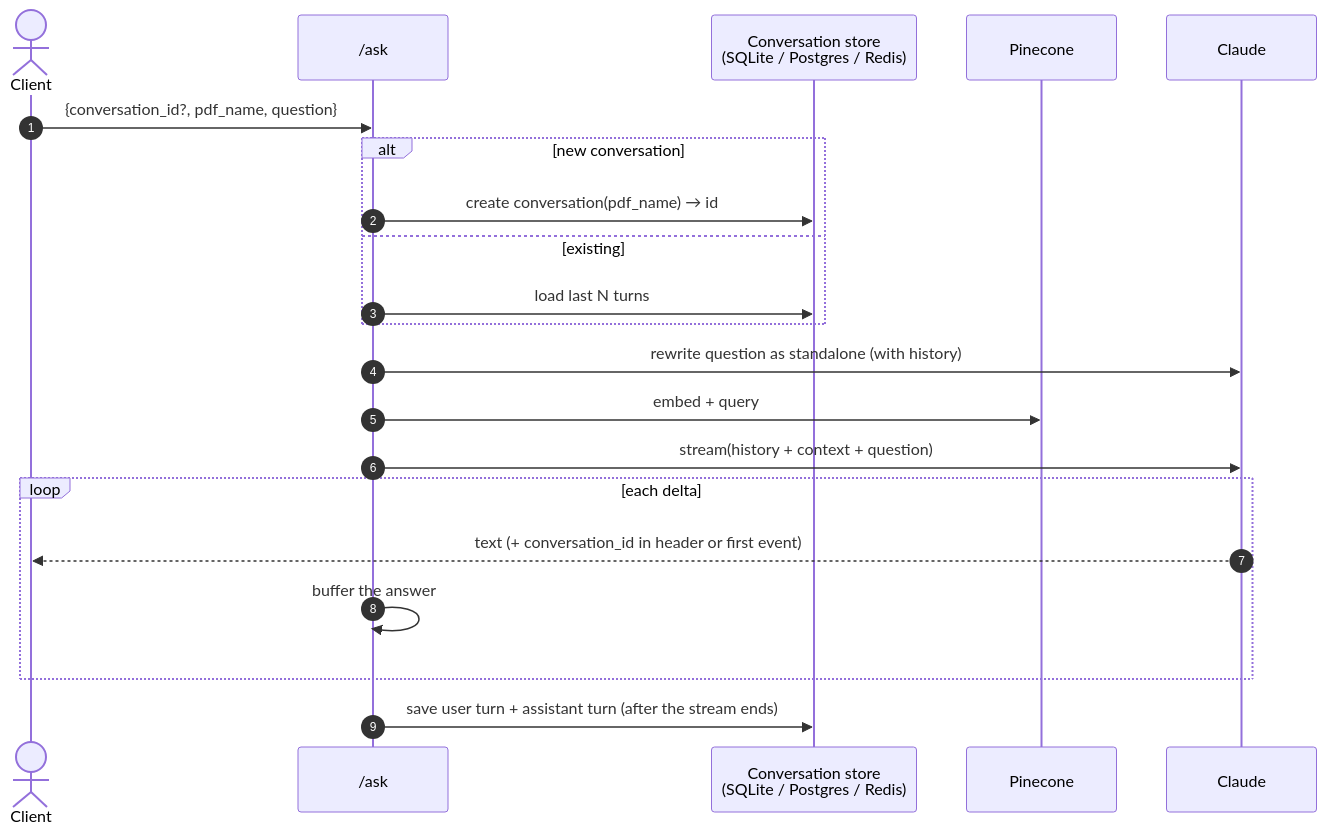
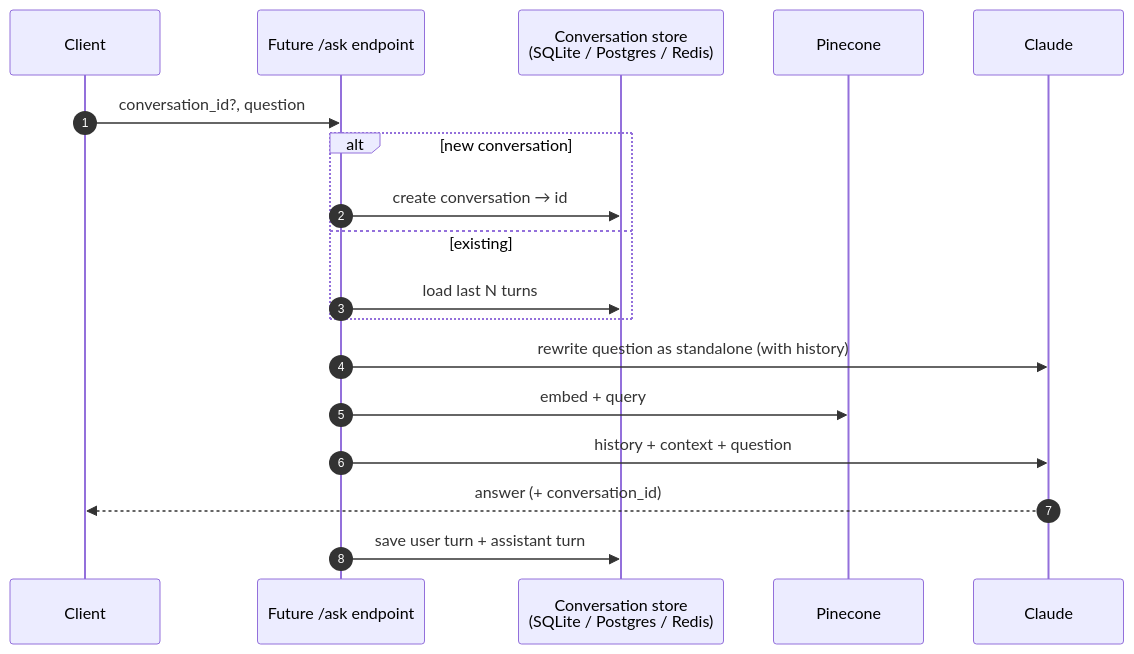
One commit to lsolor/korg-pdf-qa changed diagram 11 of 19 in ARCHITECTURE.md. Above: the diagram before and after it, drawn with Mermaid. The commit also changed other lines of this file, not shown here.

First line of the commit message:
Update ARCHITECTURE.md for the script-based RAG pipeline

````diff
--- a/ARCHITECTURE.md
+++ b/ARCHITECTURE.md
@@ -480,24 +467,21 @@
 ```mermaid
 sequenceDiagram
     autonumber
-    actor C as Client
-    participant API as /ask
+    participant C as Client
+    participant API as Future /ask endpoint
     participant DB as Conversation store<br/>(SQLite / Postgres / Redis)
-    participant VDB as Pinecone
-    participant LLM as Claude
+    participant V as Pinecone
+    participant L as Claude
 
-    C->>API: {conversation_id?, pdf_name, question}
+    C->>API: conversation_id?, question
     alt new conversation
-        API->>DB: create conversation(pdf_name) → id
+        API->>DB: create conversation → id
     else existing
         API->>DB: load last N turns
     end
-    API->>LLM: rewrite question as standalone (with history)
-    API->>VDB: embed + query
-    API->>LLM: stream(history + context + question)
-    loop each delta
-        LLM-->>C: text (+ conversation_id in header or first event)
-        API->>API: buffer the answer
-    end
-    API->>DB: save user turn + assistant turn (after the stream ends)
+    API->>L: rewrite question as standalone (with history)
+    API->>V: embed + query
+    API->>L: history + context + question
+    L-->>C: answer (+ conversation_id)
+    API->>DB: save user turn + assistant turn
 ```
````
